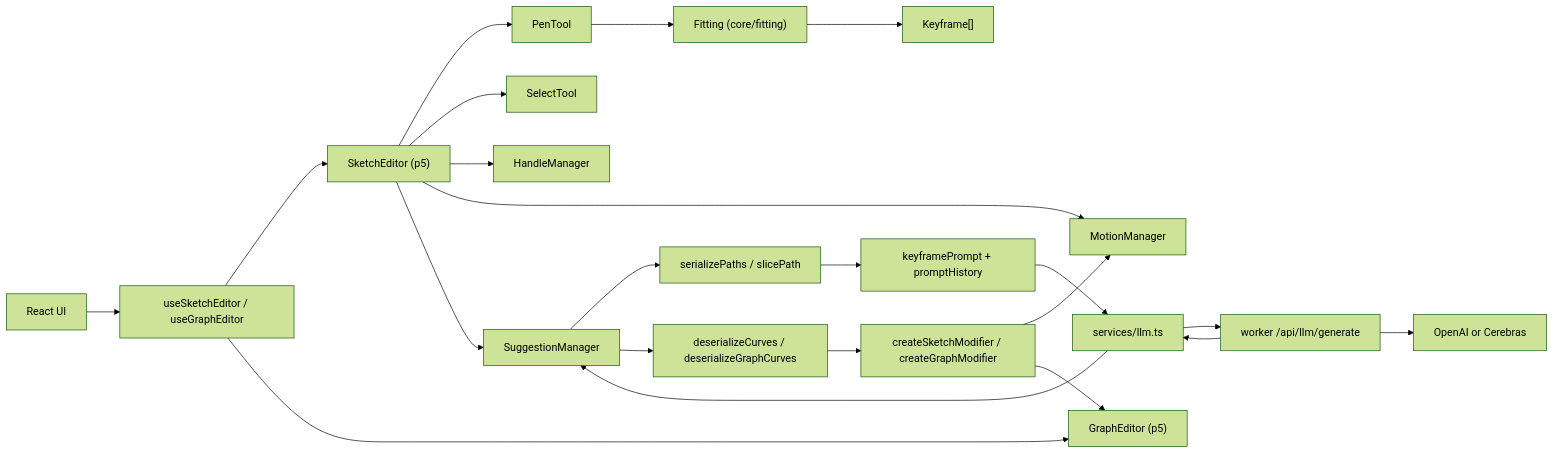
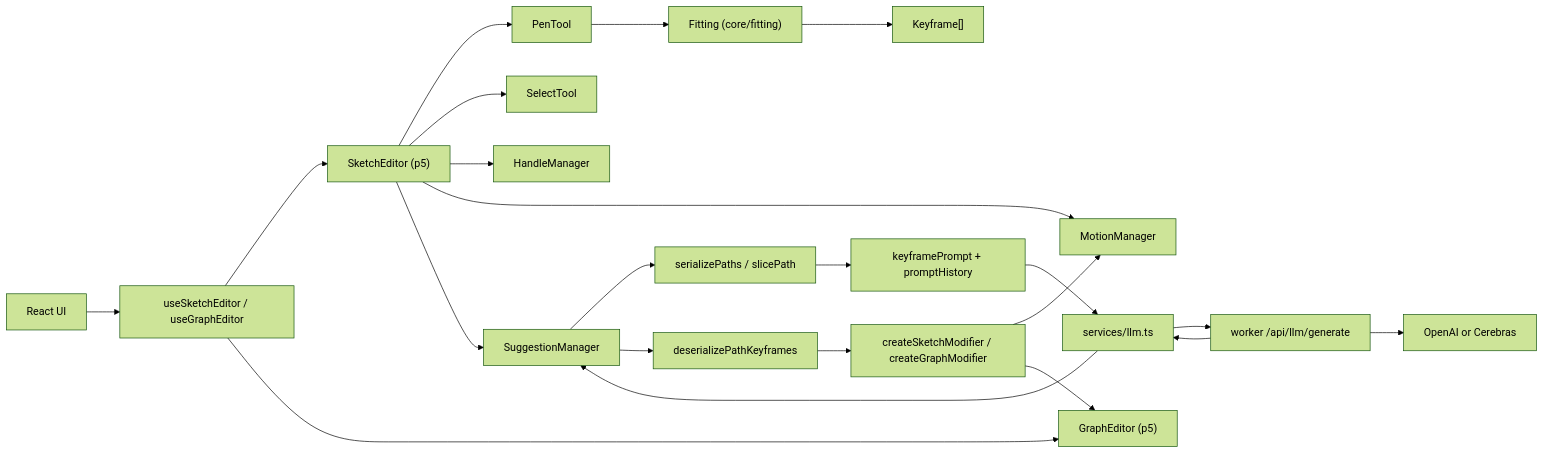
One commit to PMGWork/mophrase changed the diagram in docs/architecture.md. Above: the diagram before and after it, drawn with Mermaid (forest theme). The commit also changed other lines of this file and 4 other files, not shown here.

````diff
--- a/docs/architecture.md
+++ b/docs/architecture.md
@@ -29,28 +29,28 @@
 ```mermaid
 flowchart LR
   UI["React UI"] --> Hooks["useSketchEditor / useGraphEditor"]
   Hooks --> Sketch["SketchEditor (p5)"]
   Hooks --> Graph["GraphEditor (p5)"]
 
   Sketch --> Pen["PenTool"]
   Sketch --> Select["SelectTool"]
   Sketch --> Handle["HandleManager"]
   Sketch --> Motion["MotionManager"]
   Sketch --> Suggestion["SuggestionManager"]
 
   Pen --> Fitting["Fitting (core/fitting)"]
   Fitting --> Keyframe["Keyframe[]"]
 
   Suggestion --> Serialize["serializePaths / slicePath"]
   Serialize --> Prompt["keyframePrompt + promptHistory"]
   Prompt --> LLMClient["services/llm.ts"]
   LLMClient --> Worker["worker /api/llm/generate"]
   Worker --> Provider["OpenAI or Cerebras"]
   Worker --> LLMClient
   LLMClient --> Suggestion
 
-  Suggestion --> Deserialize["deserializeCurves / deserializeGraphCurves"]
+  Suggestion --> Deserialize["deserializePathKeyframes"]
   Deserialize --> Modifier["createSketchModifier / createGraphModifier"]
   Modifier --> Motion
   Modifier --> Graph
 ```
````
